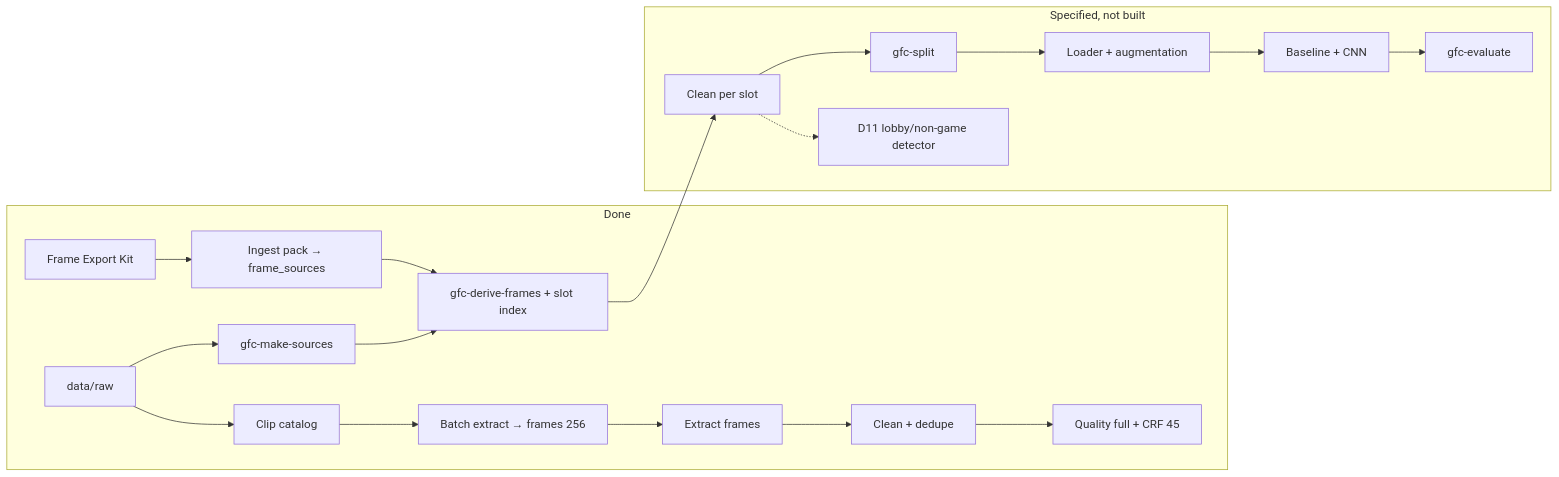
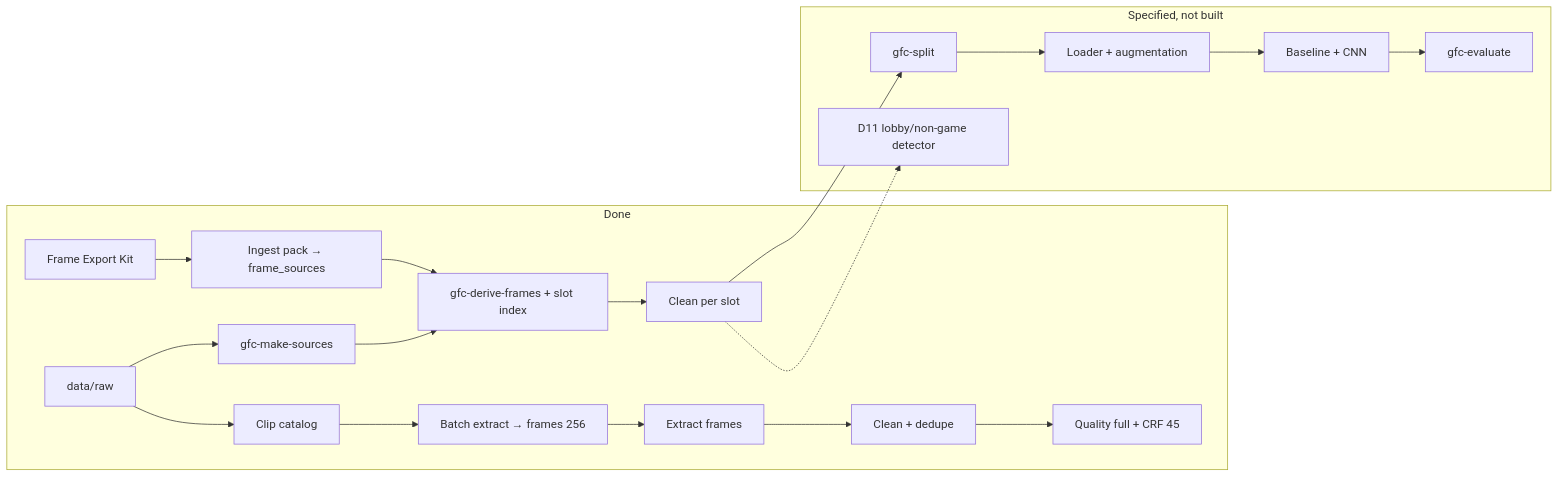
The diagram in docs/pipeline-status.md (EdisonLing/game-frame-classifier), drawn with Mermaid before and after one commit. The commit also changed other lines of this file and 2 other files, not shown here.

Commit message:
docs: mark cleaner slot mode done

````diff
--- a/docs/pipeline-status.md
+++ b/docs/pipeline-status.md
@@ -18,31 +18,31 @@
 ```mermaid
 flowchart LR
   subgraph done ["Done"]
     R[data/raw]
     Cat[Clip catalog]
     Batch[Batch extract → frames 256]
     E[Extract frames]
     C[Clean + dedupe]
     Q[Quality full + CRF 45]
     FEK[Frame Export Kit]
     Ing[Ingest pack → frame_sources]
     Make[gfc-make-sources]
     Der[gfc-derive-frames + slot index]
+    CS[Clean per slot]
   end
 
   subgraph later ["Specified, not built"]
-    CS[Clean per slot]
     S[gfc-split]
     L[Loader + augmentation]
     M[Baseline + CNN]
     Ev[gfc-evaluate]
     D11[D11 lobby/non-game detector]
   end
 
   R --> Cat --> Batch --> E
   E --> C --> Q
   R --> Make --> Der
   FEK --> Ing --> Der
   Der --> CS --> S --> L --> M --> Ev
   CS -.-> D11
 ```
````
